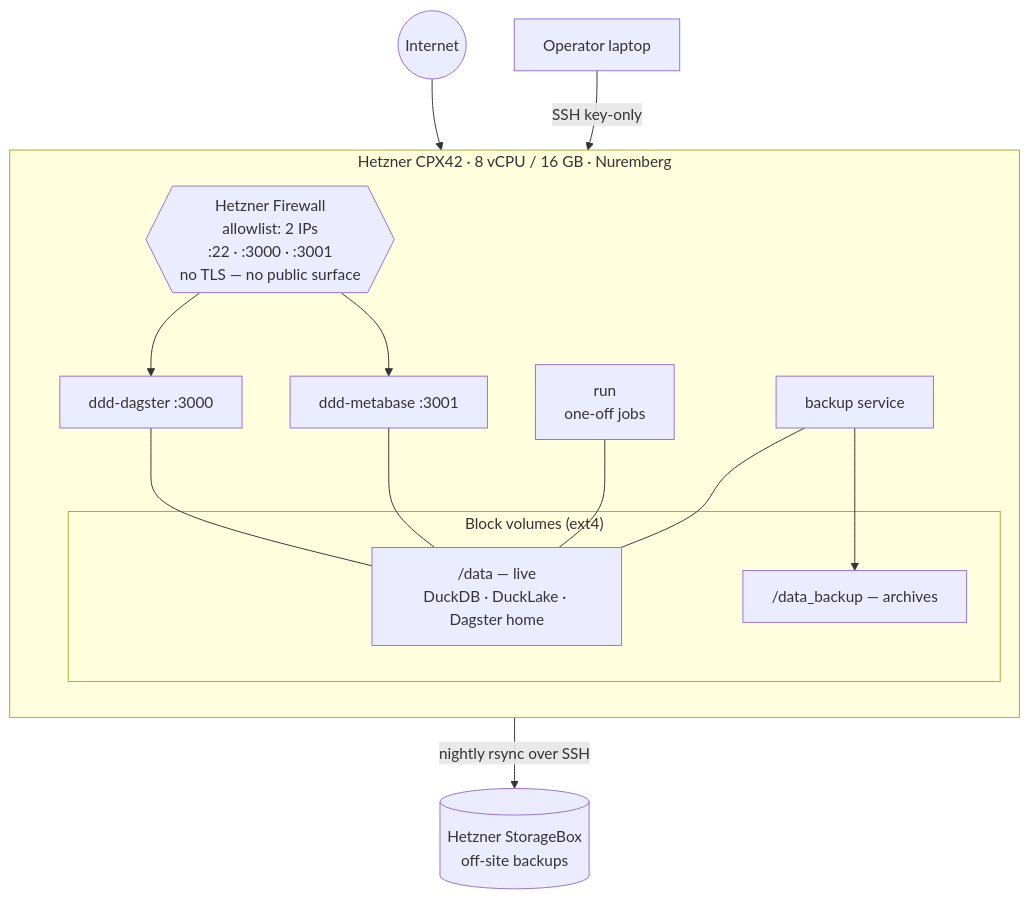
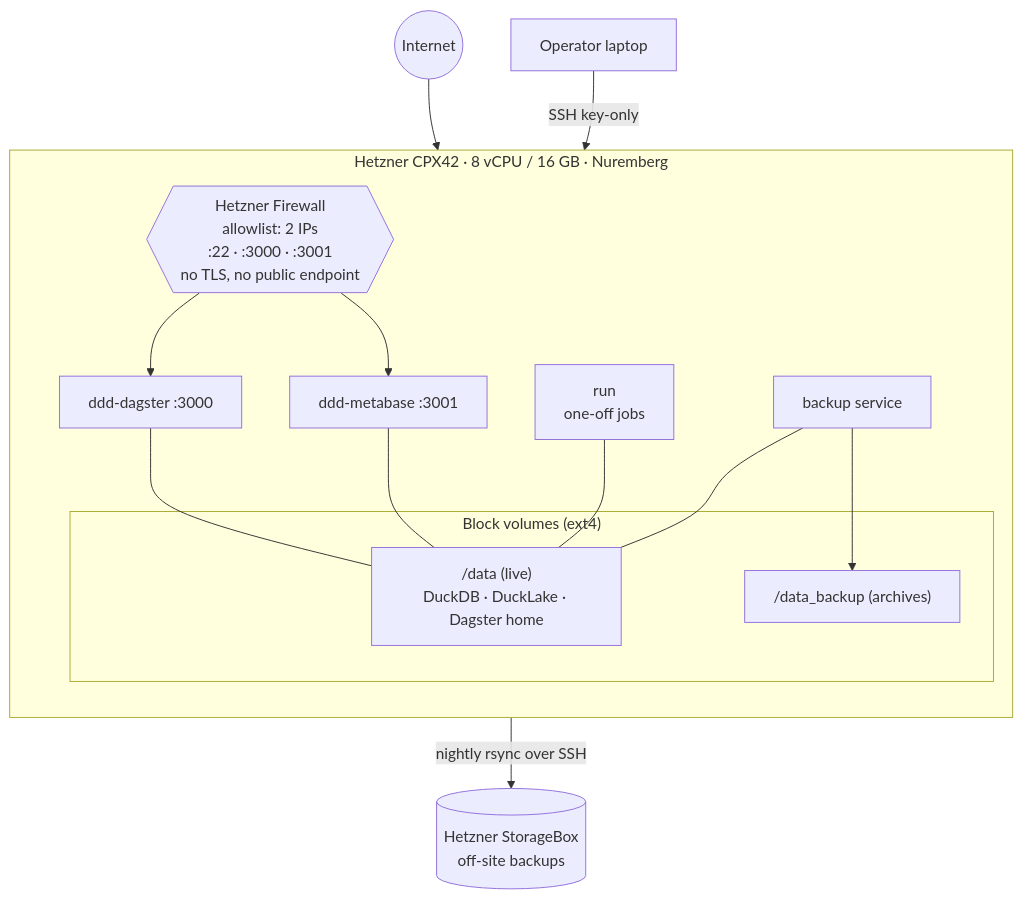
The second of 2 diagrams in documentation/talk_medallion_on_a_laptop.md (edwinweber/dbt_duckdb_demo_public), drawn with Mermaid before and after one commit. The commit also changed other lines of this file and 106 other files, not shown here.

````diff
--- a/documentation/talk_medallion_on_a_laptop.md
+++ b/documentation/talk_medallion_on_a_laptop.md
@@ -393,23 +358,23 @@
 ```mermaid
 flowchart TB
     NET((Internet)) --> FW
     OP["Operator laptop"] -->|SSH key-only| FW
-    FW{{"Hetzner Firewall<br/>allowlist: 2 IPs<br/>:22 · :3000 · :3001<br/>no TLS — no public surface"}}
+    FW{{"Hetzner Firewall<br/>allowlist: 2 IPs<br/>:22 · :3000 · :3001<br/>no TLS, no public endpoint"}}
     subgraph BOX["Hetzner CPX42 · 8 vCPU / 16 GB · Nuremberg"]
         direction TB
         FW --> DAGSTER["ddd-dagster :3000"]
         FW --> METABASE["ddd-metabase :3001"]
         RUN["run<br/>one-off jobs"]
         BACKUP["backup service"]
         subgraph VOL["Block volumes (ext4)"]
-            DATA["/data — live<br/>DuckDB · DuckLake · Dagster home"]
-            BK["/data_backup — archives"]
+            DATA["/data (live)<br/>DuckDB · DuckLake · Dagster home"]
+            BK["/data_backup (archives)"]
         end
         DAGSTER --- DATA
         METABASE --- DATA
         RUN --- DATA
         BACKUP --- DATA
         BACKUP --> BK
     end
     BACKUP -->|nightly rsync over SSH| SB[("Hetzner StorageBox<br/>off-site backups")]
 ```
````
